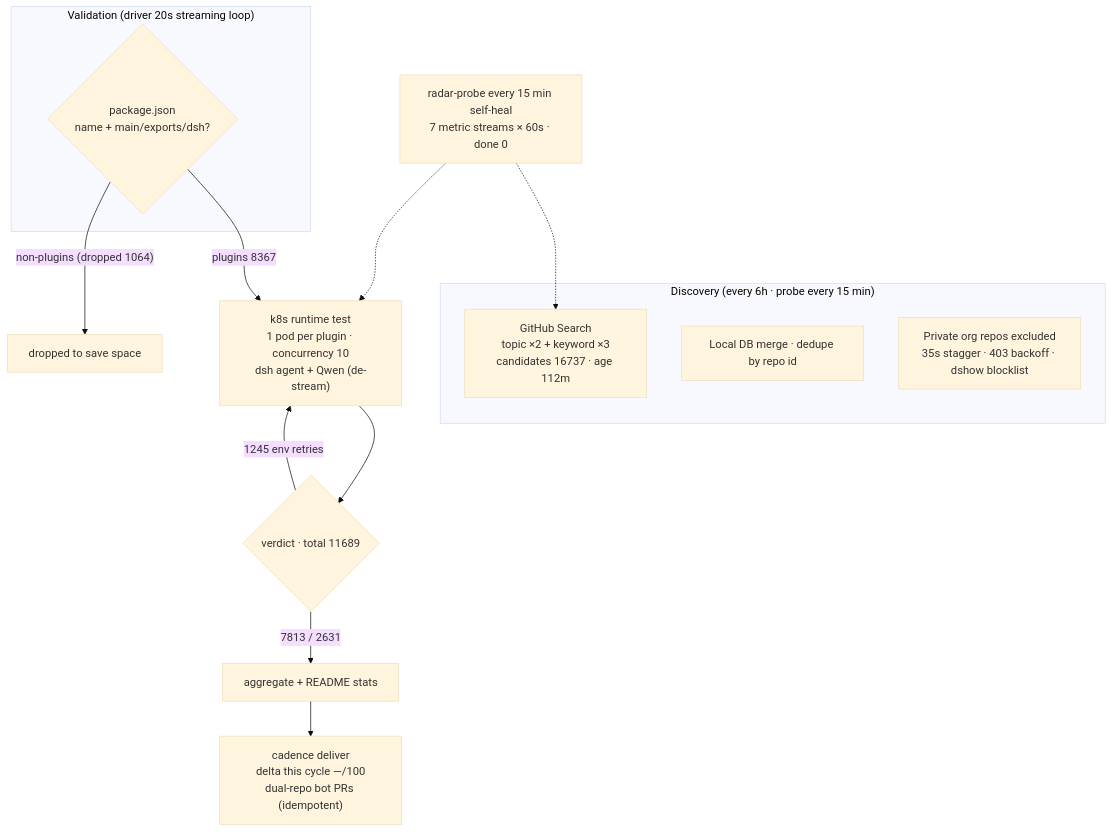
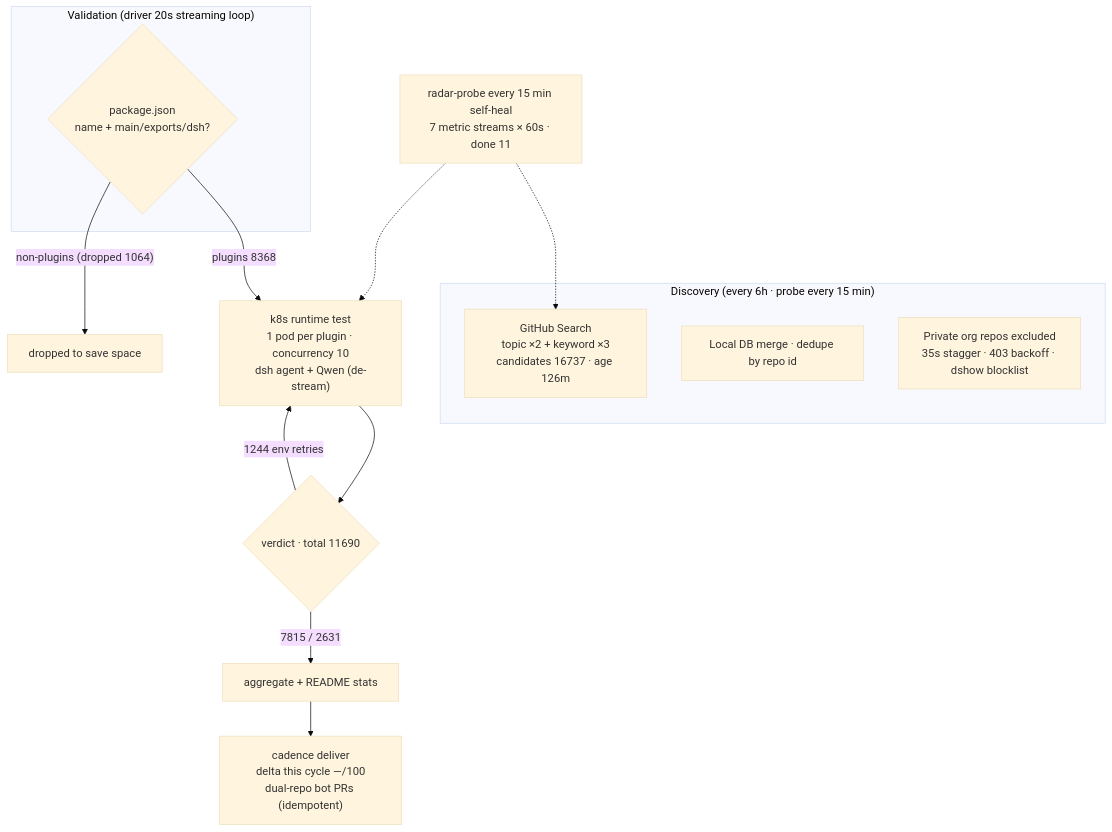
Before and after one commit to AdamPlatin123/awesome-dsh-plugins: the diagram in README.en-US.md, drawn with Mermaid (base theme). The commit also changed other lines of this file and 5 other files, not shown here.

````diff
--- a/README.en-US.md
+++ b/README.en-US.md
@@ -45,20 +45,20 @@
 ```mermaid
 flowchart TB
     subgraph Discovery["Discovery (every 6h · probe every 15 min)"]
-        A1["GitHub Search<br/>topic ×2 + keyword ×3<br/>candidates 16737 · age 112m"]
+        A1["GitHub Search<br/>topic ×2 + keyword ×3<br/>candidates 16737 · age 126m"]
         A2["Local DB merge · dedupe by repo id"]
         A3["Private org repos excluded<br/>35s stagger · 403 backoff · dshow blocklist"]
     end
     subgraph Validation["Validation (driver 20s streaming loop)"]
         B1{"package.json<br/>name + main/exports/dsh?"}
     end
-    B1 -->|"plugins 8367"| C1["k8s runtime test<br/>1 pod per plugin · concurrency 10<br/>dsh agent + Qwen (de-stream)"]
+    B1 -->|"plugins 8368"| C1["k8s runtime test<br/>1 pod per plugin · concurrency 10<br/>dsh agent + Qwen (de-stream)"]
     B1 -->|"non-plugins (dropped 1064)"| B3["dropped to save space"]
-    C1 --> D1{"verdict · total 11689"}
-    D1 -->|"7813 / 2631"| E1["aggregate + README stats"]
-    D1 -->|"1245 env retries"| C1
+    C1 --> D1{"verdict · total 11690"}
+    D1 -->|"7815 / 2631"| E1["aggregate + README stats"]
+    D1 -->|"1244 env retries"| C1
     E1 --> E2["cadence deliver<br/>delta this cycle —/100<br/>dual-repo bot PRs (idempotent)"]
-    M["radar-probe every 15 min self-heal<br/>7 metric streams × 60s · done 0"]
+    M["radar-probe every 15 min self-heal<br/>7 metric streams × 60s · done 11"]
     M -.-> A1
     M -.-> C1
 ```
````
